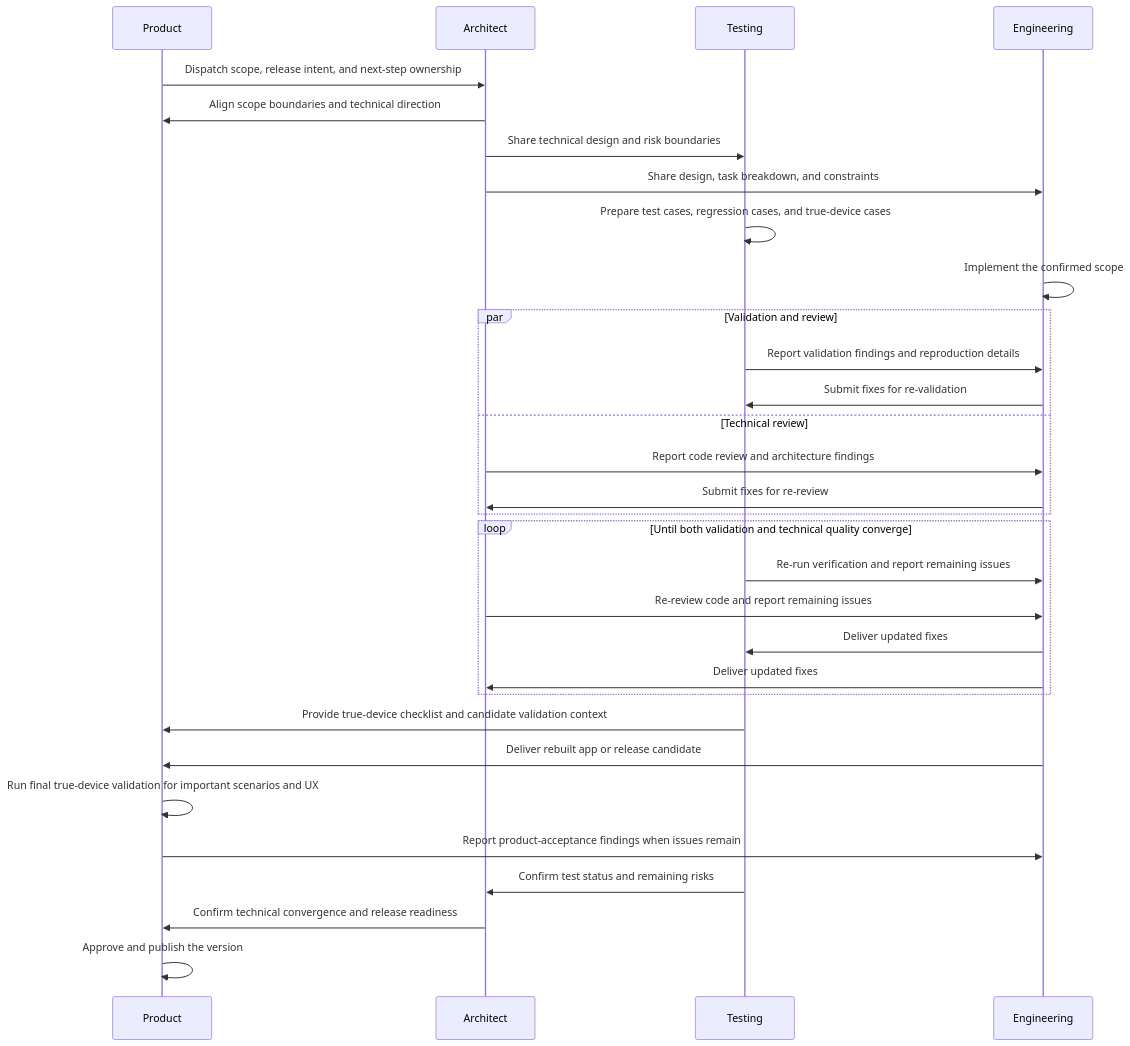
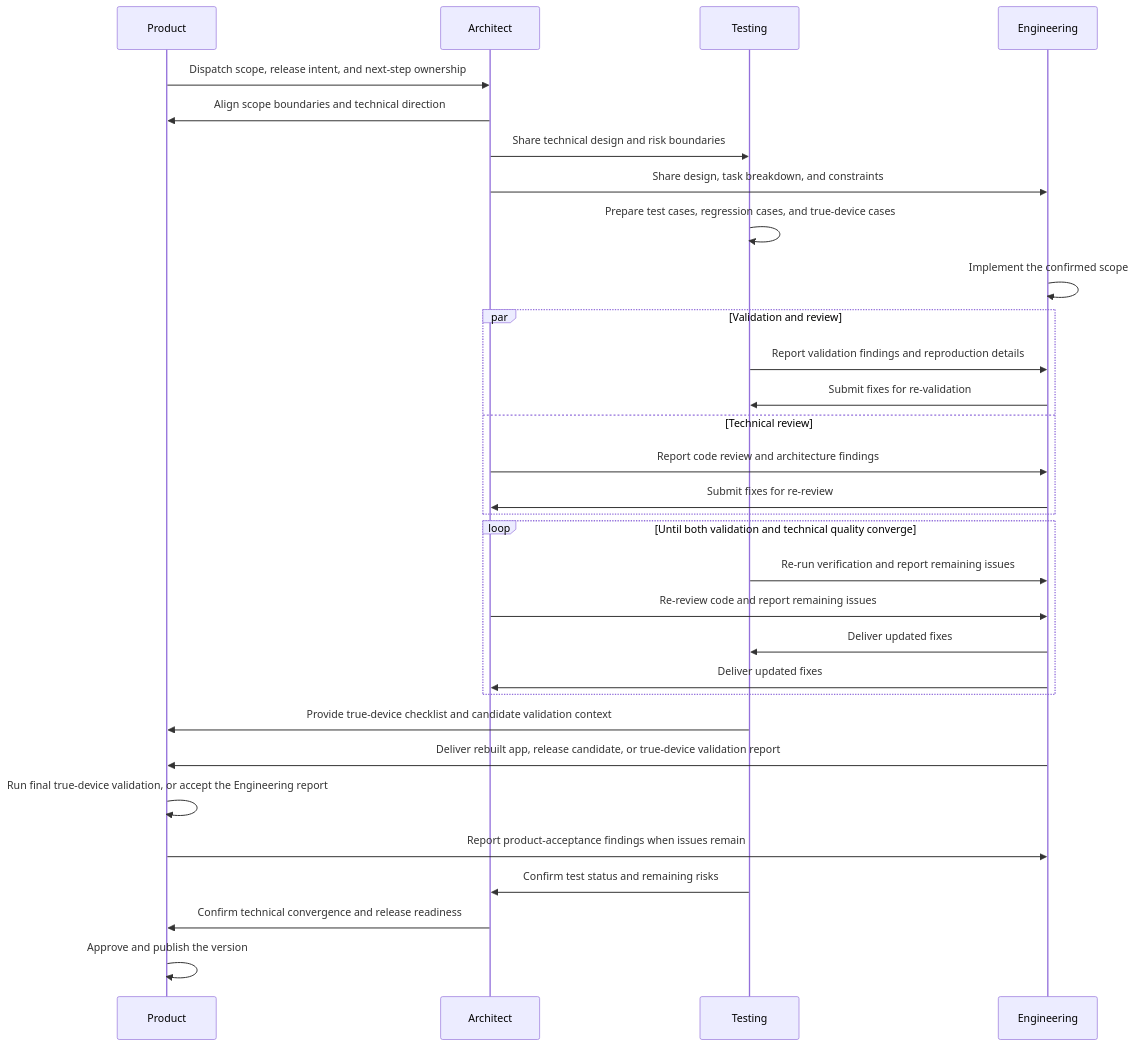
One commit to huimang/markhola changed the diagram in docs/role-collaboration-flow.md. Above: the diagram before and after it, drawn with Mermaid. The commit also changed other lines of this file and 5 other files, not shown here.

````diff
--- a/docs/role-collaboration-flow.md
+++ b/docs/role-collaboration-flow.md
@@ -56,37 +94,37 @@
 ```mermaid
 sequenceDiagram
   participant Product
   participant Architect
   participant Testing
   participant Engineering
 
   Product->>Architect: Dispatch scope, release intent, and next-step ownership
   Architect->>Product: Align scope boundaries and technical direction
   Architect->>Testing: Share technical design and risk boundaries
   Architect->>Engineering: Share design, task breakdown, and constraints
   Testing->>Testing: Prepare test cases, regression cases, and true-device cases
   Engineering->>Engineering: Implement the confirmed scope
 
   par Validation and review
     Testing->>Engineering: Report validation findings and reproduction details
     Engineering->>Testing: Submit fixes for re-validation
   and Technical review
     Architect->>Engineering: Report code review and architecture findings
     Engineering->>Architect: Submit fixes for re-review
   end
 
   loop Until both validation and technical quality converge
     Testing->>Engineering: Re-run verification and report remaining issues
     Architect->>Engineering: Re-review code and report remaining issues
     Engineering->>Testing: Deliver updated fixes
     Engineering->>Architect: Deliver updated fixes
   end
 
   Testing->>Product: Provide true-device checklist and candidate validation context
-  Engineering->>Product: Deliver rebuilt app or release candidate
-  Product->>Product: Run final true-device validation for important scenarios and UX
+  Engineering->>Product: Deliver rebuilt app, release candidate, or true-device validation report
+  Product->>Product: Run final true-device validation, or accept the Engineering report
   Product->>Engineering: Report product-acceptance findings when issues remain
   Testing->>Architect: Confirm test status and remaining risks
   Architect->>Product: Confirm technical convergence and release readiness
   Product->>Product: Approve and publish the version
 ```
````
